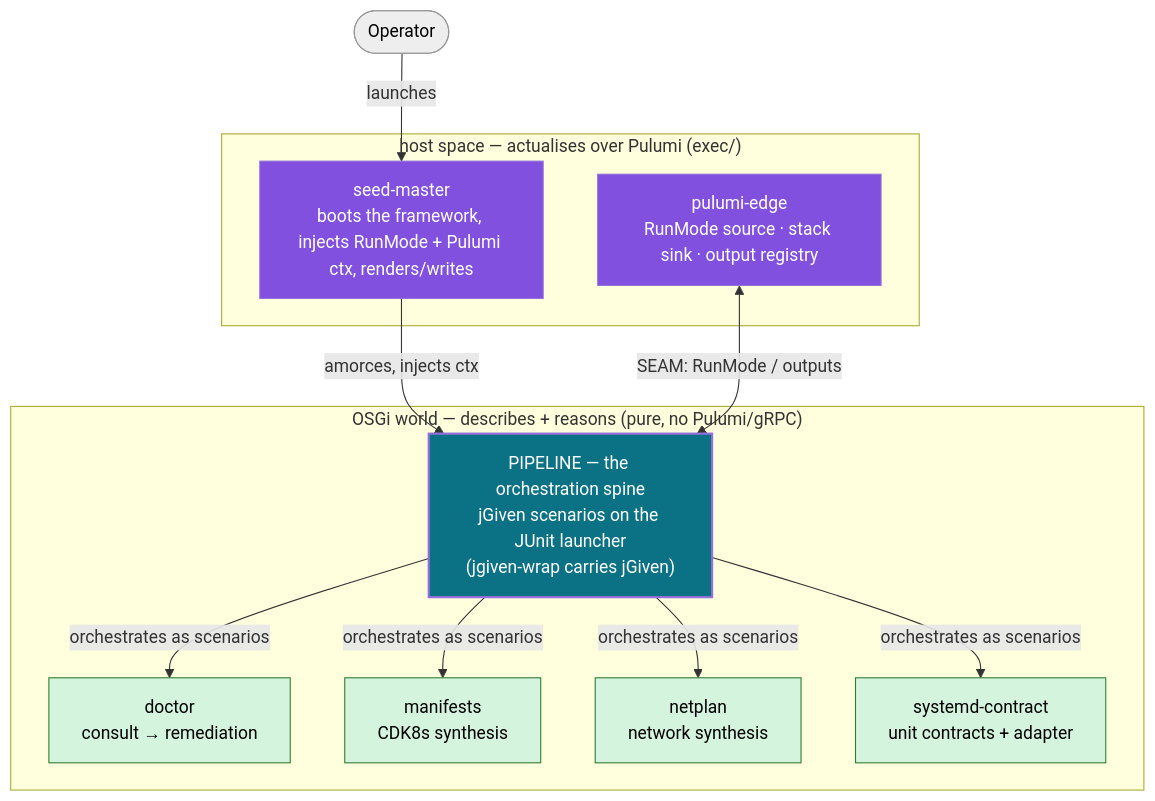
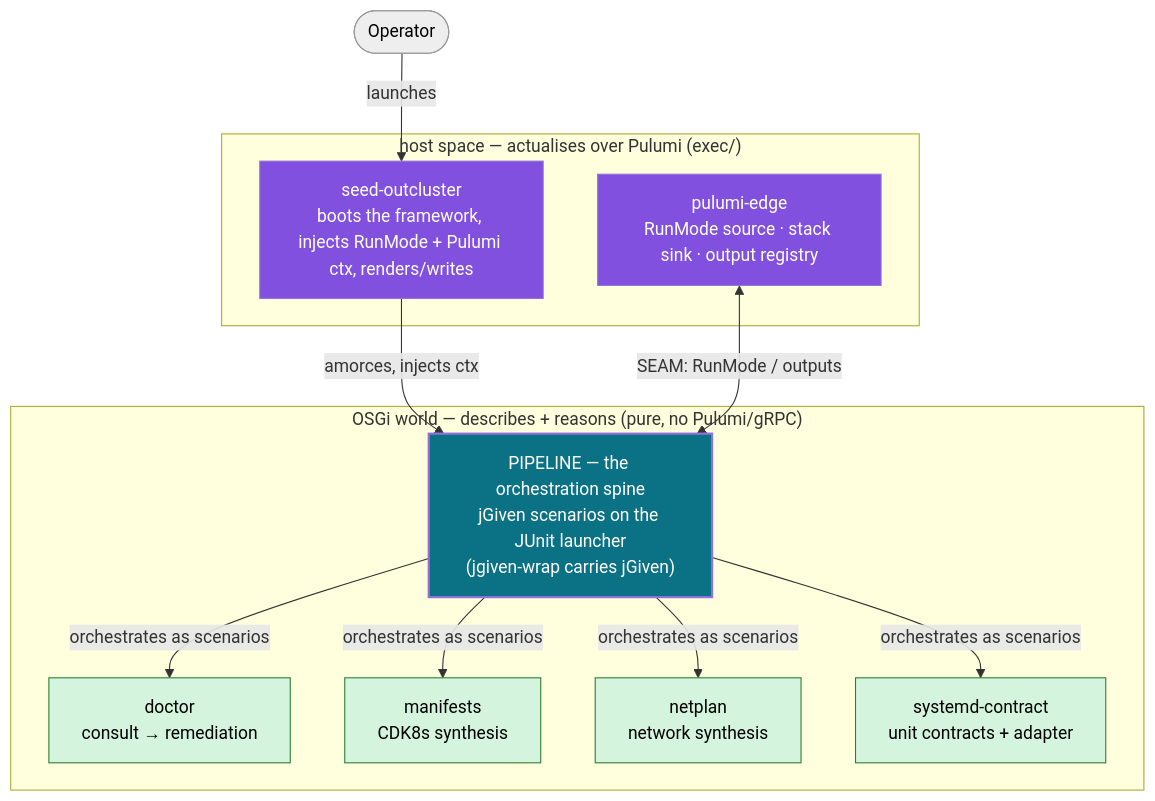
The second of 4 diagrams in docs/architecture/bdd/bdd.adoc (seedmatic/rke2lab), drawn with Mermaid before and after one commit. The commit also changed other lines of this file and 160 other files, not shown here.

First line of the commit message:
refactor(exec)!: `seed-master` → `seed-outcluster`, one axis for the whole chain

```diff
--- a/docs/architecture/bdd/bdd.adoc
+++ b/docs/architecture/bdd/bdd.adoc
@@ -101,27 +101,27 @@
 [mermaid]
 ....
 flowchart TB
   op(["Operator"]):::person
   subgraph host["host space — actualises over Pulumi (exec/)"]
-    seed["seed-master<br/>boots the framework, injects RunMode + Pulumi ctx, renders/writes"]:::hostc
+    seed["seed-outcluster<br/>boots the framework, injects RunMode + Pulumi ctx, renders/writes"]:::hostc
     edge["pulumi-edge<br/>RunMode source · stack sink · output registry"]:::hostc
   end
   subgraph osgi["OSGi world — describes + reasons (pure, no Pulumi/gRPC)"]
     pipe["PIPELINE — the orchestration spine<br/>jGiven scenarios on the JUnit launcher<br/>(jgiven-wrap carries jGiven)"]:::focus
     doctor["doctor<br/>consult → remediation"]:::sub
     manifests["manifests<br/>CDK8s synthesis"]:::sub
     netplan["netplan<br/>network synthesis"]:::sub
     systemd["systemd-contract<br/>unit contracts + adapter"]:::sub
   end
   op -->|launches| seed
   seed -->|amorces, injects ctx| pipe
   edge <-->|SEAM: RunMode / outputs| pipe
   pipe -->|orchestrates as scenarios| doctor
   pipe -->|orchestrates as scenarios| manifests
   pipe -->|orchestrates as scenarios| netplan
   pipe -->|orchestrates as scenarios| systemd
   classDef person fill:#eee,stroke:#999,color:#000;
   classDef focus fill:#0b7285,color:#fff,stroke-width:2px;
   classDef sub fill:#d4f4dd,stroke:#2e7d32,color:#000;
   classDef hostc fill:#8250df,color:#fff;
 ....
```
